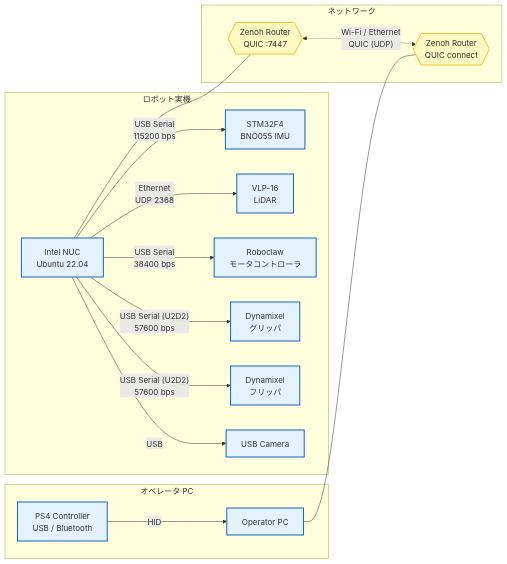
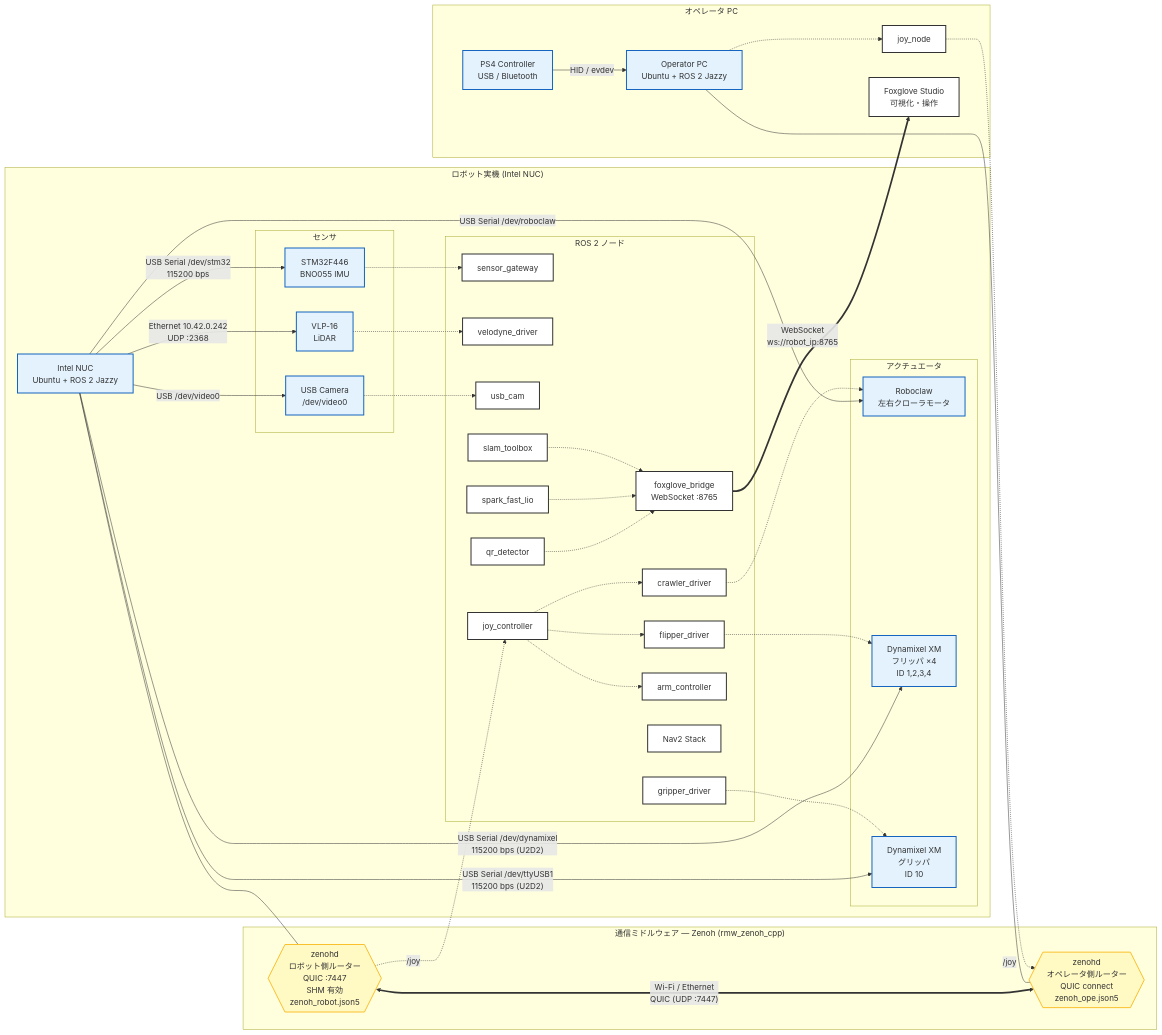
The diagram in main_ws/topology/network_topology.mmd (lazytatzv/rustacean_roborescue), drawn with Mermaid before and after one commit. The commit also changed 27 other files, not shown here.

```diff
--- a/main_ws/topology/network_topology.mmd
+++ b/main_ws/topology/network_topology.mmd
@@ -1,35 +1,100 @@
 graph LR
+  %% =============================================
+  %% Rustacean RoboRescue — Network & Hardware Topology
+  %% =============================================
+
   classDef device fill:#e3f2fd,stroke:#1565c0,stroke-width:2px;
   classDef proto fill:#fff9c4,stroke:#fbc02d,stroke-width:2px;
+  classDef ros_node fill:#fff,stroke:#333,stroke-width:2px;
 
-  subgraph Robot["ロボット実機"]
-    NUC[Intel NUC<br/>Ubuntu 22.04]:::device
-    STM32[STM32F4<br/>BNO055 IMU]:::device
-    VLP16[VLP-16<br/>LiDAR]:::device
-    ROBOCLAW[Roboclaw<br/>モータコントローラ]:::device
-    DXL_G[Dynamixel<br/>グリッパ]:::device
-    DXL_F[Dynamixel<br/>フリッパ]:::device
-    USB_CAM[USB Camera]:::device
+  %% =============================================
+  %% ロボット実機
+  %% =============================================
+  subgraph Robot["ロボット実機 (Intel NUC)"]
+    NUC[Intel NUC<br/>Ubuntu + ROS 2 Jazzy]:::device
 
-    NUC -- "USB Serial<br/>115200 bps" --> STM32
-    NUC -- "USB Serial<br/>38400 bps" --> ROBOCLAW
-    NUC -- "USB Serial (U2D2)<br/>57600 bps" --> DXL_G
-    NUC -- "USB Serial (U2D2)<br/>57600 bps" --> DXL_F
-    NUC -- "Ethernet<br/>UDP 2368" --> VLP16
-    NUC -- "USB" --> USB_CAM
+    subgraph Sensors["センサ"]
+      STM32[STM32F446<br/>BNO055 IMU]:::device
+      VLP16[VLP-16<br/>LiDAR]:::device
+      USB_CAM[USB Camera<br/>/dev/video0]:::device
+    end
+
+    subgraph Actuators["アクチュエータ"]
+      ROBOCLAW[Roboclaw<br/>左右クローラモータ]:::device
+      DXL_F[Dynamixel XM<br/>フリッパ ×4<br/>ID 1,2,3,4]:::device
+      DXL_G[Dynamixel XM<br/>グリッパ<br/>ID 10]:::device
+    end
+
+    subgraph ROS_Nodes["ROS 2 ノード"]
+      N_gateway[sensor_gateway]:::ros_node
+      N_vlp[velodyne_driver]:::ros_node
+      N_cam[usb_cam]:::ros_node
+      N_crawler[crawler_driver]:::ros_node
+      N_flipper[flipper_driver]:::ros_node
+      N_gripper[gripper_driver]:::ros_node
+      N_spark[spark_fast_lio]:::ros_node
+      N_slam[slam_toolbox]:::ros_node
+      N_arm[arm_controller]:::ros_node
+      N_qr[qr_detector]:::ros_node
+      N_nav2[Nav2 Stack]:::ros_node
+      N_joyctrl[joy_controller]:::ros_node
+      N_fgbridge[foxglove_bridge<br/>WebSocket :8765]:::ros_node
+    end
+
+    NUC -- "USB Serial /dev/stm32<br/>115200 bps" --> STM32
+    NUC -- "Ethernet 10.42.0.242<br/>UDP :2368" --> VLP16
+    NUC -- "USB /dev/video0" --> USB_CAM
+    NUC -- "USB Serial /dev/roboclaw" --> ROBOCLAW
+    NUC -- "USB Serial /dev/dynamixel<br/>115200 bps (U2D2)" --> DXL_F
+    NUC -- "USB Serial /dev/ttyUSB1<br/>115200 bps (U2D2)" --> DXL_G
+
+    STM32 -.-> N_gateway
+    VLP16 -.-> N_vlp
+    USB_CAM -.-> N_cam
+    N_crawler -.-> ROBOCLAW
+    N_flipper -.-> DXL_F
+    N_gripper -.-> DXL_G
   end
 
-  subgraph Network["ネットワーク"]
-    ZENOH_R{{Zenoh Router<br/>QUIC :7447}}:::proto
-    ZENOH_O{{Zenoh Router<br/>QUIC connect}}:::proto
-    ZENOH_R <-. "Wi-Fi / Ethernet<br/>QUIC (UDP)" .-> ZENOH_O
+  %% =============================================
+  %% ネットワーク (Zenoh / QUIC)
+  %% =============================================
+  subgraph Network["通信ミドルウェア — Zenoh (rmw_zenoh_cpp)"]
+    ZENOH_R{{zenohd<br/>ロボット側ルーター<br/>QUIC :7447<br/>SHM 有効<br/>zenoh_robot.json5}}:::proto
+    ZENOH_O{{zenohd<br/>オペレータ側ルーター<br/>QUIC connect<br/>zenoh_ope.json5}}:::proto
+    ZENOH_R <== "Wi-Fi / Ethernet<br/>QUIC (UDP :7447)" ==> ZENOH_O
   end
 
+  %% =============================================
+  %% オペレータ PC
+  %% =============================================
   subgraph Operator["オペレータ PC"]
-    OPE_PC[Operator PC]:::device
+    OPE_PC[Operator PC<br/>Ubuntu + ROS 2 Jazzy]:::device
     PS4[PS4 Controller<br/>USB / Bluetooth]:::device
-    PS4 -- "HID" --> OPE_PC
+    N_joy[joy_node]:::ros_node
+    FOXGLOVE[Foxglove Studio<br/>可視化・操作]:::ros_node
+
+    PS4 -- "HID / evdev" --> OPE_PC
+    OPE_PC -.-> N_joy
   end
 
+  %% =============================================
+  %% 接続
+  %% =============================================
   NUC --- ZENOH_R
   OPE_PC --- ZENOH_O
+
+  %% =============================================
+  %% トピック経路 (Zenoh 経由)
+  %% =============================================
+  N_joy -. "/joy" .-> ZENOH_O
+  ZENOH_R -. "/joy" .-> N_joyctrl
+  N_joyctrl -.-> N_crawler
+  N_joyctrl -.-> N_flipper
+  N_joyctrl -.-> N_arm
+
+  N_qr -.-> N_fgbridge
+  N_spark -.-> N_fgbridge
+  N_slam -.-> N_fgbridge
+
+  N_fgbridge == "WebSocket<br/>ws://robot_ip:8765" ==> FOXGLOVE
```
